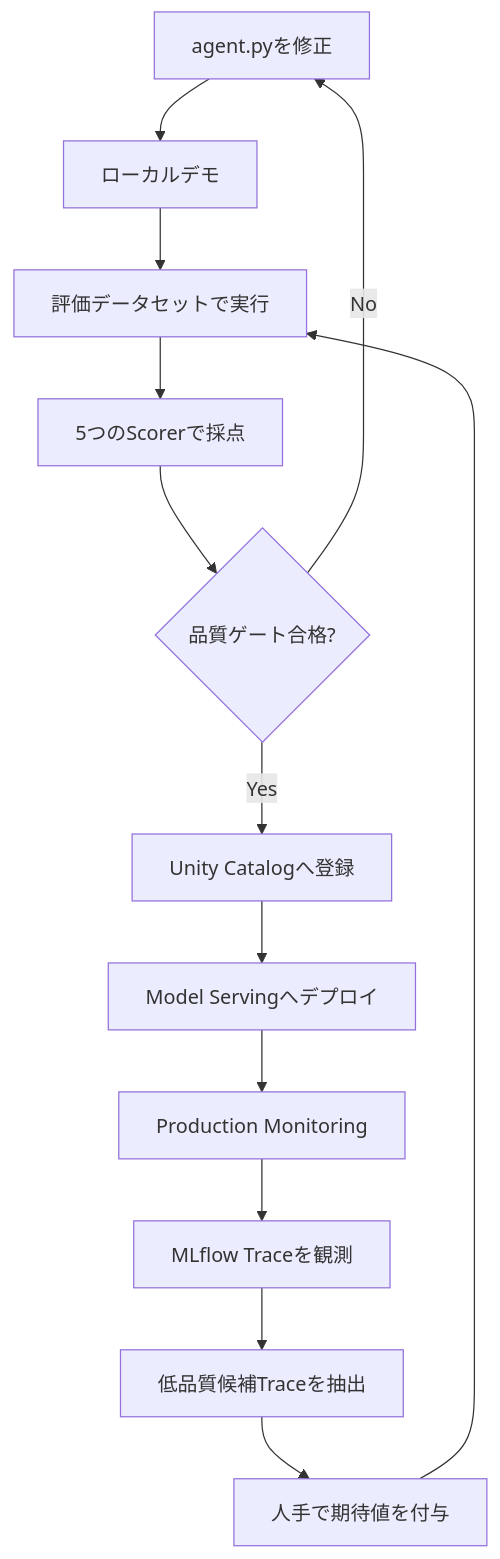
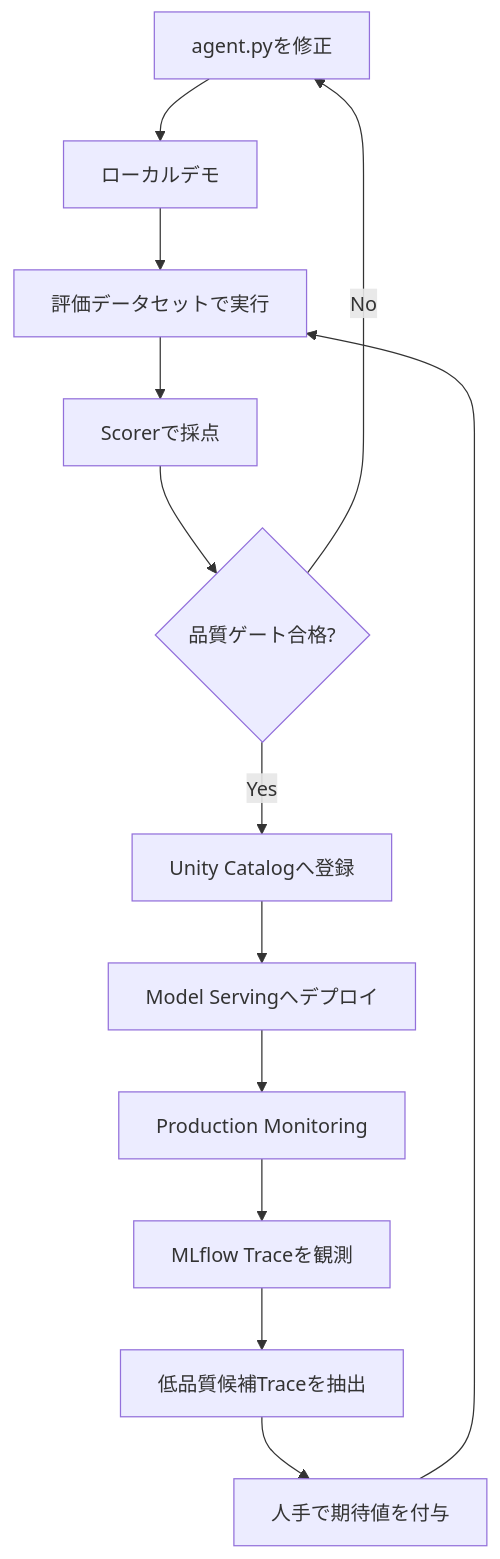
Before and after one commit to aymkbyshi/databricks-agentops-customer-support: the first of 5 diagrams in articles/databricks-agentops-zenn.md, drawn with Mermaid. The commit also changed other lines of this file, not shown here.

````diff
--- a/articles/databricks-agentops-zenn.md
+++ b/articles/databricks-agentops-zenn.md
@@ -33,15 +33,15 @@
 ```mermaid
 flowchart TD
     A[agent.pyを修正] --> B[ローカルデモ]
     B --> C[評価データセットで実行]
-    C --> D[5つのScorerで採点]
+    C --> D[Scorerで採点]
     D --> E{品質ゲート合格?}
     E -->|No| A
     E -->|Yes| F[Unity Catalogへ登録]
     F --> G[Model Servingへデプロイ]
     G --> H[Production Monitoring]
     H --> I[MLflow Traceを観測]
     I --> J[低品質候補Traceを抽出]
     J --> K[人手で期待値を付与]
     K --> C
 ```
````
